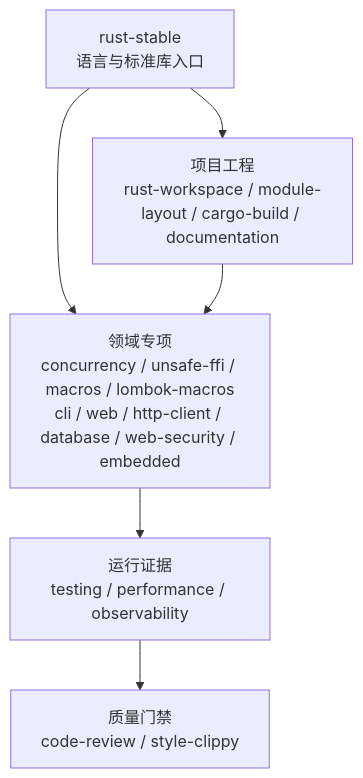
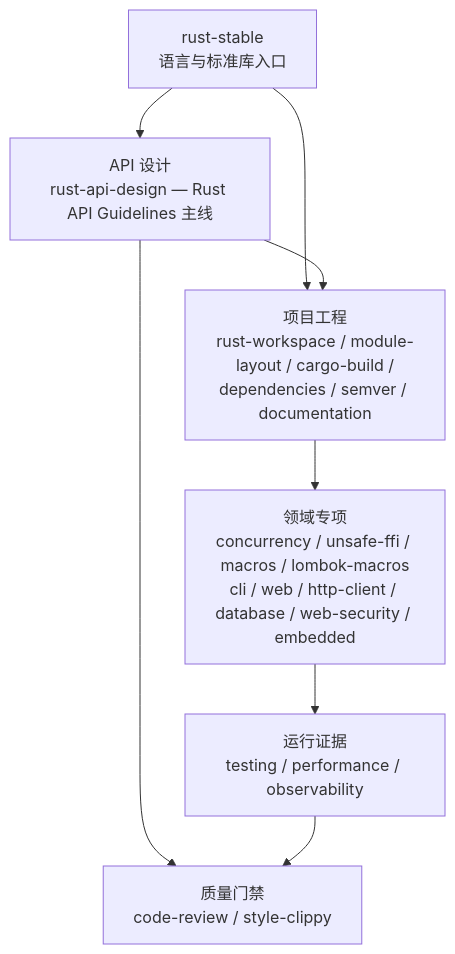
One commit to full-stack-skills/rust-skills changed the diagram in README.zh-CN.md. Above: the diagram before and after it, drawn with Mermaid. The commit also changed other lines of this file and 36 other files, not shown here.

First line of the commit message:
feat(rust): 拆解 Rust API Guidelines 与 Cargo Book，新增 3 技能、优化 4 技能

````diff
--- a/README.zh-CN.md
+++ b/README.zh-CN.md
@@ -55,14 +55,17 @@
 ```mermaid
 flowchart TB
     S["rust-stable<br/>语言与标准库入口"]
-    P["项目工程<br/>rust-workspace / module-layout / cargo-build / documentation"]
+    A["API 设计<br/>rust-api-design — Rust API Guidelines 主线"]
+    P["项目工程<br/>rust-workspace / module-layout / cargo-build /<br/>dependencies / semver / documentation"]
     D["领域专项<br/>concurrency / unsafe-ffi / macros / lombok-macros<br/>cli / web / http-client / database / web-security / embedded"]
     O["运行证据<br/>testing / performance / observability"]
     Q["质量门禁<br/>code-review / style-clippy"]
 
+    S --> A
     S --> P
-    S --> D
+    A --> P
+    A --> Q
     P --> D
     D --> O
     O --> Q
 ```
````
